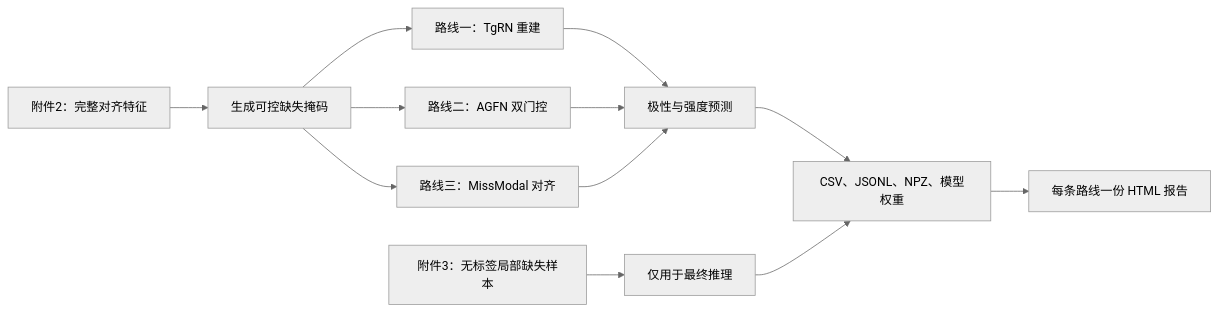
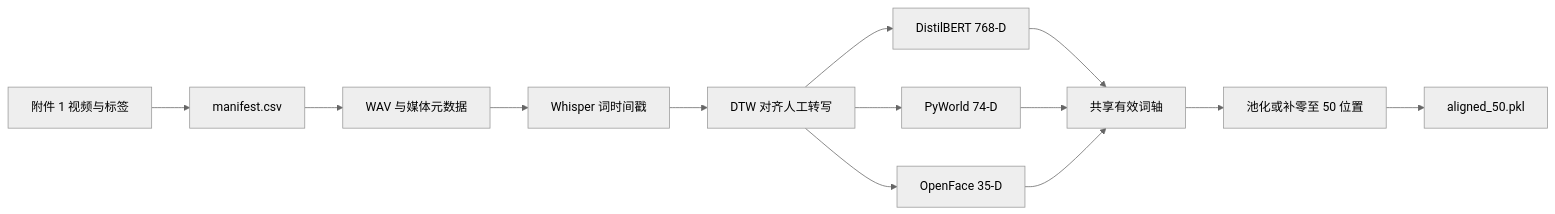
Before and after one commit to Encounter005/math-model: the first of 2 diagrams in README.md, drawn with Mermaid (neutral theme). The commit also changed other lines of this file and 1 other file, not shown here.

````diff
--- a/README.md
+++ b/README.md
@@ -15,14 +28,15 @@
 ```mermaid
 flowchart LR
-    D[附件2：完整对齐特征] --> M[生成可控缺失掩码]
-    M --> R1[路线一：TgRN 重建]
-    M --> R2[路线二：AGFN 双门控]
-    M --> R3[路线三：MissModal 对齐]
-    R1 --> P[极性与强度预测]
-    R2 --> P
-    R3 --> P
-    P --> A[CSV、JSONL、NPZ、模型权重]
-    A --> H[每条路线一份 HTML 报告]
-    T[附件3：无标签局部缺失样本] --> I[仅用于最终推理]
-    I --> A
+    A[附件 1 视频与标签] --> B[manifest.csv]
+    B --> C[WAV 与媒体元数据]
+    C --> D[Whisper 词时间戳]
+    D --> E[DTW 对齐人工转写]
+    E --> F[DistilBERT 768-D]
+    E --> G[PyWorld 74-D]
+    E --> H[OpenFace 35-D]
+    F --> I[共享有效词轴]
+    G --> I
+    H --> I
+    I --> J[池化或补零至 50 位置]
+    J --> K[aligned_50.pkl]
 ```
````
